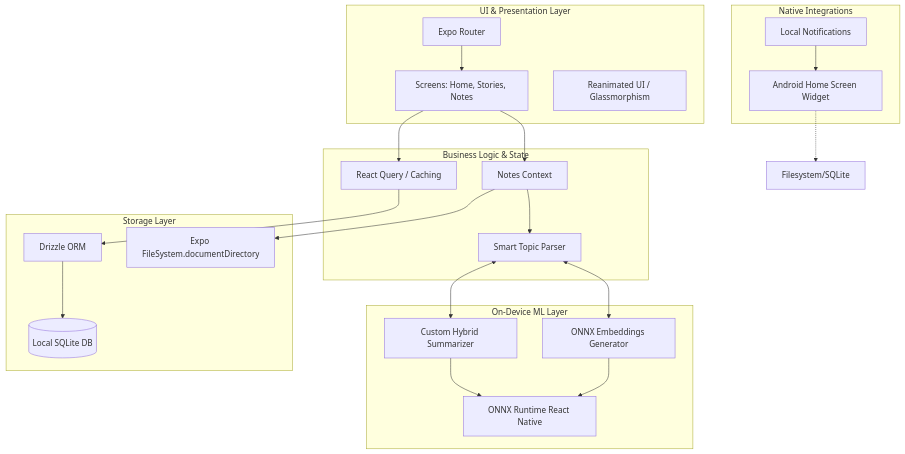
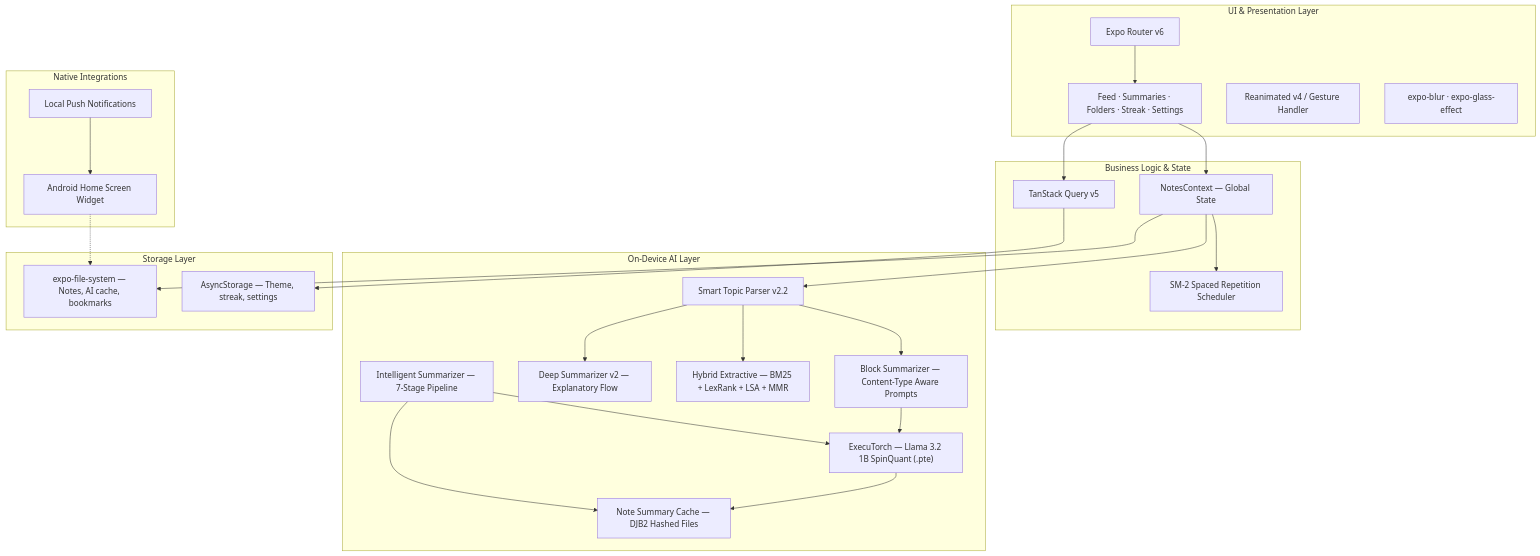
The diagram in ARCHITECTURE.md (VaranasiRahul/RVX-AI-NOTES-PUBLIC), drawn with Mermaid before and after one commit. The commit also changed other lines of this file and 3 other files, not shown here.

````diff
--- a/ARCHITECTURE.md
+++ b/ARCHITECTURE.md
@@ -17,51 +21,52 @@
 ```mermaid
 graph TD
-    subgraph UI Layer [UI & Presentation Layer]
-        Router[Expo Router]
-        Screens[Screens: Home, Stories, Notes]
-        Gestures[Reanimated UI / Glassmorphism]
+    subgraph UI_Layer [UI & Presentation Layer]
+        Router[Expo Router v6]
+        Screens["Feed · Summaries · Folders · Streak · Settings"]
+        Reanimated[Reanimated v4 / Gesture Handler]
+        Glassmorphism["expo-blur · expo-glass-effect"]
     end
 
-    subgraph Logic Layer [Business Logic & State]
-        ReactQuery[React Query / Caching]
-        Context[Notes Context]
-        Parser[Smart Topic Parser]
+    subgraph Logic_Layer [Business Logic & State]
+        Context[NotesContext — Global State]
+        ReactQuery[TanStack Query v5]
+        SM2[SM-2 Spaced Repetition Scheduler]
     end
 
-    subgraph Local AI Engine [On-Device ML Layer]
-        ONNX[ONNX Runtime React Native]
-        Summarizer[Custom Hybrid Summarizer]
-        Embeddings[ONNX Embeddings Generator]
+    subgraph AI_Layer [On-Device AI Layer]
+        LLM["ExecuTorch — Llama 3.2 1B SpinQuant (.pte)"]
+        IntelligentSummarizer[Intelligent Summarizer — 7-Stage Pipeline]
+        LLMSummarizer[Block Summarizer — Content-Type Aware Prompts]
+        Parser[Smart Topic Parser v2.2]
+        LocalSummarizer["Hybrid Extractive — BM25 + LexRank + LSA + MMR"]
+        DeepSummarizer[Deep Summarizer v2 — Explanatory Flow]
+        SummaryCache[Note Summary Cache — DJB2 Hashed Files]
     end
 
-    subgraph Data Access Layer [Storage Layer]
-        Drizzle[Drizzle ORM]
-        SQLite[(Local SQLite DB)]
-        FileSystem[Expo FileSystem.documentDirectory]
+    subgraph Storage_Layer [Storage Layer]
+        FileSystem["expo-file-system — Notes, AI cache, bookmarks"]
+        AsyncStorage["AsyncStorage — Theme, streak, settings"]
     end
 
-    subgraph Native Integrations
+    subgraph Native_Layer [Native Integrations]
         Widget[Android Home Screen Widget]
-        Notifications[Local Notifications]
+        Notifications[Local Push Notifications]
     end
 
-    %% Connections
     Router --> Screens
+    Screens --> Context
     Screens --> ReactQuery
-    Screens --> Context
-    
+    Context --> SM2
     Context --> Parser
-    Parser <--> Summarizer
-    Parser <--> Embeddings
-    
-    Summarizer --> ONNX
-    Embeddings --> ONNX
-    
-    ReactQuery --> Drizzle
-    Drizzle --> SQLite
-    
+    Parser --> LLMSummarizer
+    Parser --> LocalSummarizer
+    Parser --> DeepSummarizer
+    LLMSummarizer --> LLM
+    IntelligentSummarizer --> LLM
+    IntelligentSummarizer --> SummaryCache
+    LLM --> SummaryCache
     Context --> FileSystem
-    
-    Widget -.-> Filesystem/SQLite
+    ReactQuery --> AsyncStorage
+    Widget -.-> FileSystem
     Notifications --> Widget
 ```
````
